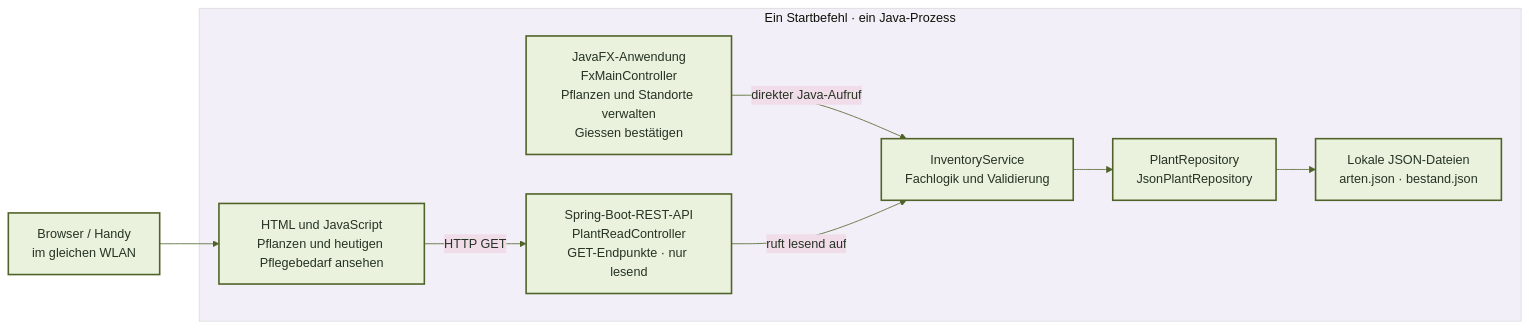
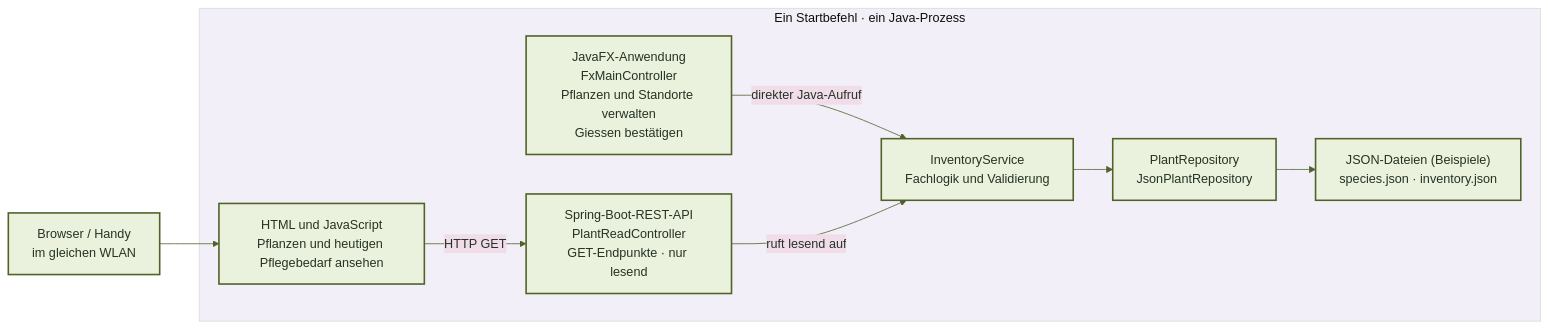
One commit to Duenasworld/Leafuno changed the diagram in docs/images/ProductVision/Produktvision_Abbildung_03_Pruefungsarchitektur.mmd. Above: the diagram before and after it, drawn with Mermaid. The commit also changed 29 other files, not shown here.

```diff
--- a/docs/images/ProductVision/Produktvision_Abbildung_03_Pruefungsarchitektur.mmd
+++ b/docs/images/ProductVision/Produktvision_Abbildung_03_Pruefungsarchitektur.mmd
@@ -1,19 +1,19 @@
 %%{init: {"theme":"base","themeVariables":{"primaryColor":"#EAF1DD","primaryBorderColor":"#4F6228","primaryTextColor":"#263323","lineColor":"#4F6228"}}}%%
 flowchart LR
   subgraph Process["Ein Startbefehl · ein Java-Prozess"]
     FX["JavaFX-Anwendung<br/>FxMainController<br/>Pflanzen und Standorte verwalten<br/>Giessen bestätigen"]
     UI["HTML und JavaScript<br/>Pflanzen und heutigen Pflegebedarf ansehen"]
     API["Spring-Boot-REST-API<br/>PlantReadController<br/>GET-Endpunkte · nur lesend"]
     Service["InventoryService<br/>Fachlogik und Validierung"]
     Repo["PlantRepository<br/>JsonPlantRepository"]
-    Files["Lokale JSON-Dateien<br/>arten.json · bestand.json"]
+    Files["JSON-Dateien (Beispiele)<br/>species.json · inventory.json"]
     FX -->|"direkter Java-Aufruf"| Service
     UI -->|"HTTP GET"| API
     API -->|"ruft lesend auf"| Service
     Service --> Repo
     Repo --> Files
   end
   Phone["Browser / Handy<br/>im gleichen WLAN"] --> UI
   classDef box fill:#EAF1DD,stroke:#4F6228,color:#263323,stroke-width:2px
   classDef pale fill:#F6F8F2,stroke:#4F6228,color:#263323,stroke-width:2px
   class FX,UI,API,Service,Repo,Files,Phone box
```
